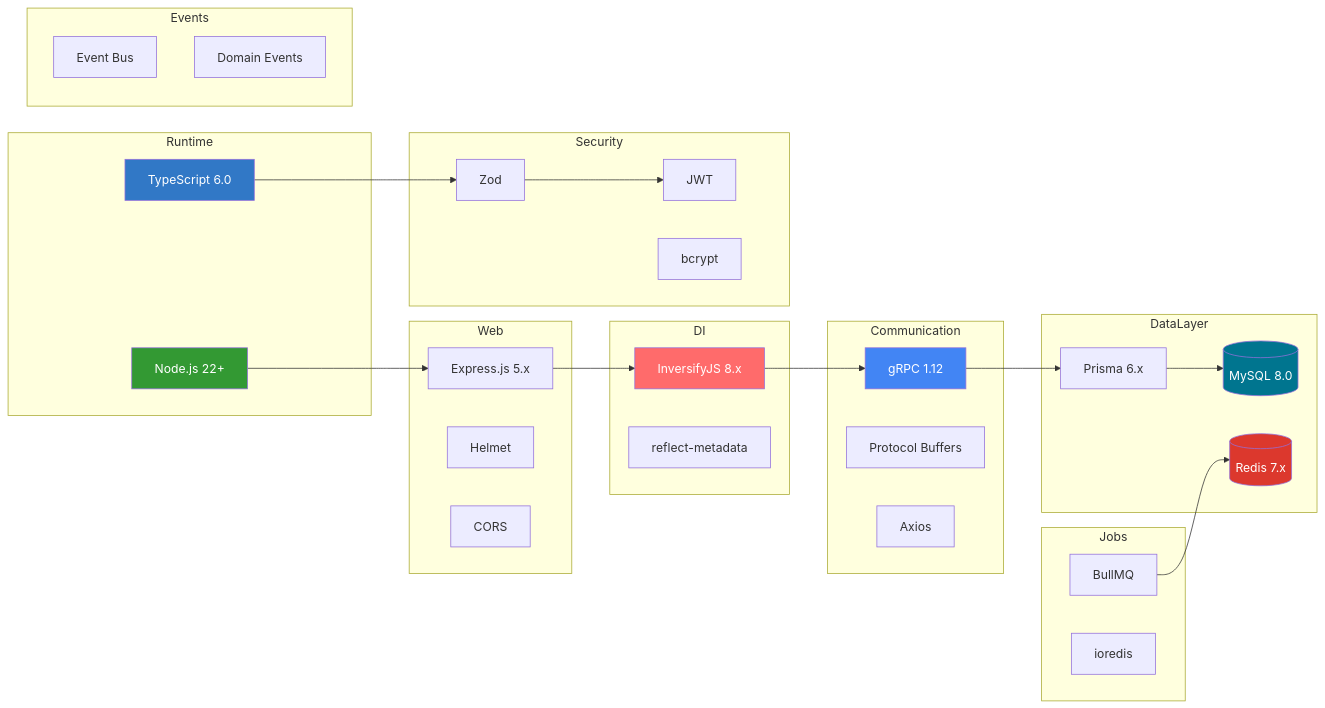
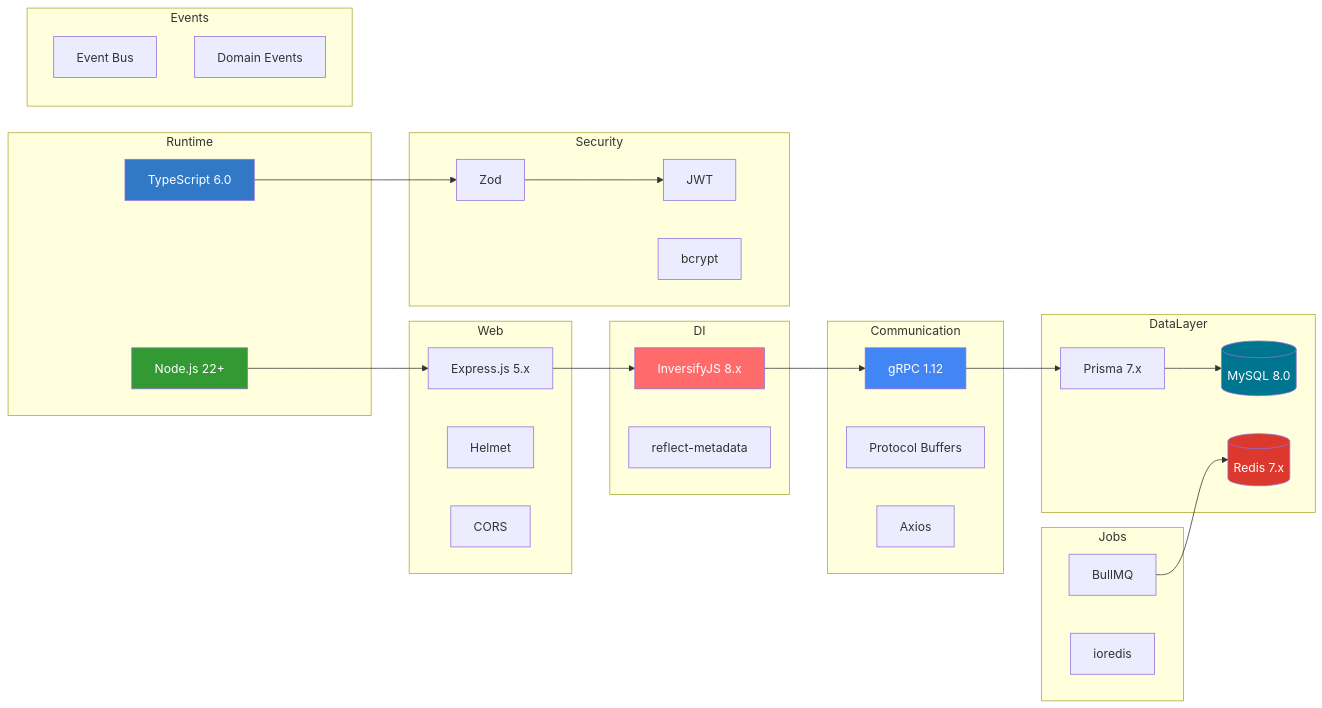
Before and after one commit to jrjohn/arcana-cloud-nodejs: diagram 12 of 17 in README.md, drawn with Mermaid. The commit also changed other lines of this file, not shown here.

````diff
--- a/README.md
+++ b/README.md
@@ -568,62 +568,62 @@
 ```mermaid
 graph LR
     subgraph Runtime
         NODE["Node.js 22+"]
         TS["TypeScript 6.0"]
     end
 
     subgraph Web
         EXPRESS["Express.js 5.x"]
         HELMET["Helmet"]
         CORS["CORS"]
     end
 
     subgraph DI
         INVERSIFY["InversifyJS 8.x"]
         REFLECT["reflect-metadata"]
     end
 
     subgraph Communication
         GRPC["gRPC 1.12"]
         PROTO["Protocol Buffers"]
         AXIOS["Axios"]
     end
 
     subgraph DataLayer
-        PRISMA["Prisma 6.x"]
+        PRISMA["Prisma 7.x"]
         MYSQL[("MySQL 8.0")]
         REDIS[("Redis 7.x")]
     end
 
     subgraph Security
         JWT["JWT"]
         BCRYPT["bcrypt"]
         ZOD["Zod"]
     end
 
     subgraph Jobs
         BULLMQ["BullMQ"]
         IOREDIS["ioredis"]
     end
 
     subgraph Events
         EVENTBUS["Event Bus"]
         DOMAIN["Domain Events"]
     end
 
     NODE --> EXPRESS
     EXPRESS --> INVERSIFY
     INVERSIFY --> GRPC
     GRPC --> PRISMA
     PRISMA --> MYSQL
     TS --> ZOD
     ZOD --> JWT
     BULLMQ --> REDIS
 
     style NODE fill:#339933,color:#fff
     style TS fill:#3178C6,color:#fff
     style INVERSIFY fill:#FF6B6B,color:#fff
     style GRPC fill:#4285F4,color:#fff
     style MYSQL fill:#00758F,color:#fff
     style REDIS fill:#DC382D,color:#fff
 ```
````
